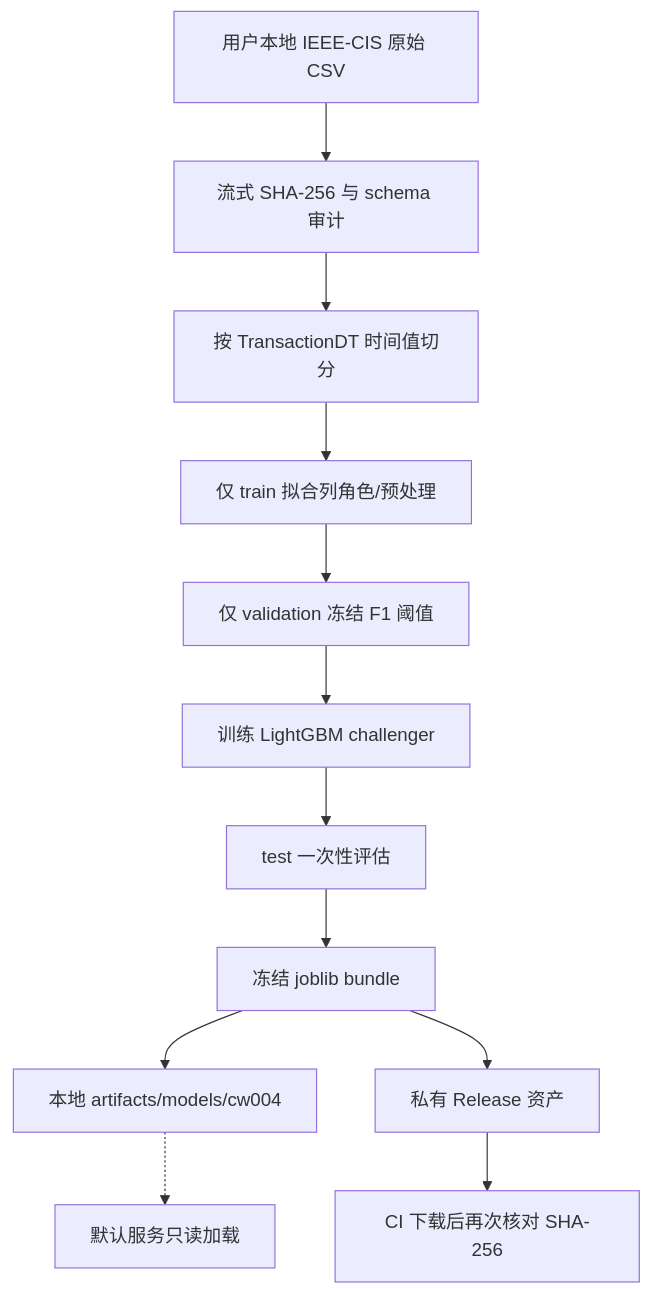
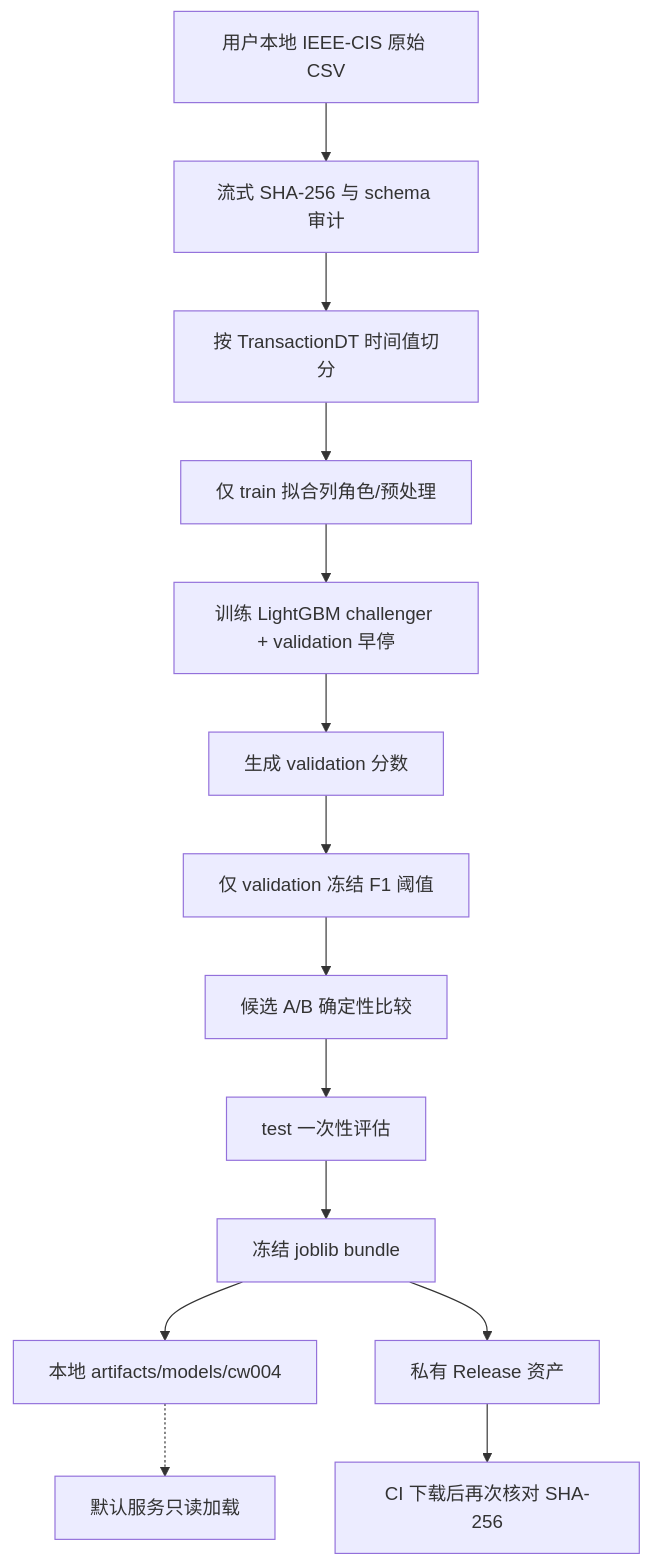
The second of 4 diagrams in docs/architecture.md (cycy12335/A_Detector), drawn with Mermaid before and after one commit. The commit also changed other lines of this file and 2 other files, not shown here.

Commit message:
fix: remediate CW-019 architecture evidence

````diff
--- a/docs/architecture.md
+++ b/docs/architecture.md
@@ -49,14 +51,16 @@
 ```mermaid
 flowchart TD
   csv[用户本地 IEEE-CIS 原始 CSV] --> fp[流式 SHA-256 与 schema 审计]
   fp --> temporal[按 TransactionDT 时间值切分]
   temporal --> fit[仅 train 拟合列角色/预处理]
-  fit --> threshold[仅 validation 冻结 F1 阈值]
-  threshold --> train_model[训练 LightGBM challenger]
-  train_model --> test_once[test 一次性评估]
+  fit --> train_model[训练 LightGBM challenger + validation 早停]
+  train_model --> validation_scores[生成 validation 分数]
+  validation_scores --> threshold[仅 validation 冻结 F1 阈值]
+  threshold --> deterministic[候选 A/B 确定性比较]
+  deterministic --> test_once[test 一次性评估]
   test_once --> artifact[冻结 joblib bundle]
   artifact --> local[本地 artifacts/models/cw004]
   artifact --> private_release[私有 Release 资产]
   private_release --> ci[CI 下载后再次核对 SHA-256]
   local -.-> service[默认服务只读加载]
 ```
````
